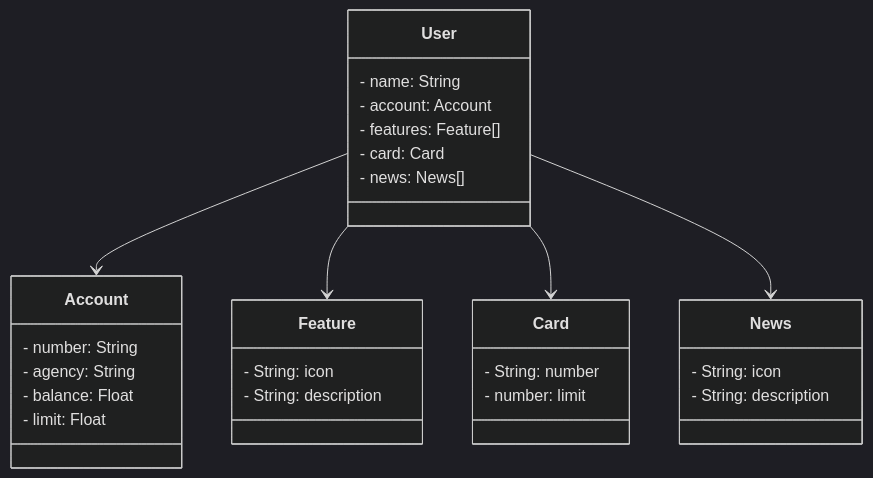
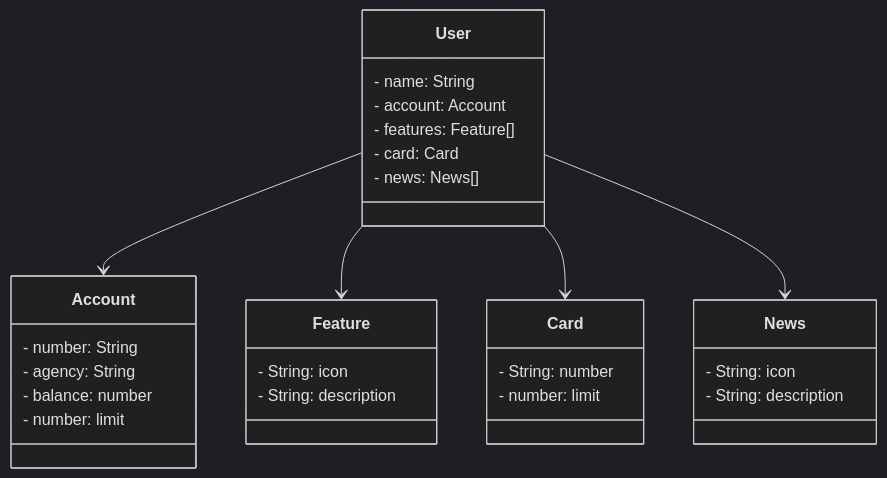
Before and after one commit to TravelerSW/bootcamp-java-restful: the diagram in README.md, drawn with Mermaid (dark theme).

````diff
--- a/README.md
+++ b/README.md
@@ -6,37 +6,37 @@
  ```mermaid
 classDiagram
   class User {
     - name: String
     - account: Account
     - features: Feature[]
     - card: Card
     - news: News[]
   }
 
   class Account {
     - number: String
     - agency: String
-    - balance: Float
-    - limit: Float
+    - balance: number
+    - number: limit
   }
 
   class Feature {
     - String: icon
     - String: description
   }
 
   class Card {
     - String: number
     - number: limit
   }
 
   class News {
     - String: icon
     - String: description
   }
 
   User --> Account
   User --> Feature
   User --> Card
   User --> News
 ```
````
